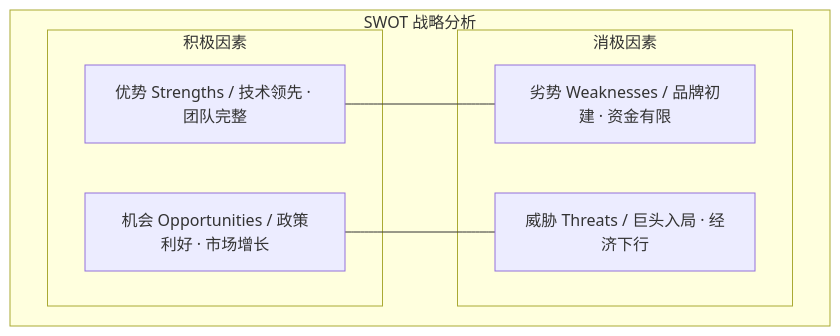
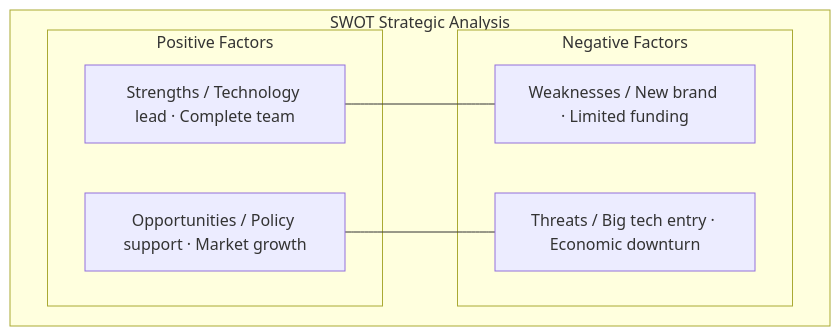
One commit to Kirky-X/cangjie changed the tenth of 10 diagrams in templates/【模板】商业计划书.md. Above: the diagram before and after it, drawn with Mermaid. The commit also changed other lines of this file and 60 other files, not shown here.

````diff
--- a/templates/【模板】商业计划书.md
+++ b/templates/【模板】商业计划书.md
@@ -388,15 +388,15 @@
 ```mermaid
 graph TB
-    subgraph swot[SWOT 战略分析]
-        subgraph positive[积极因素]
-            S[优势 Strengths / 技术领先 · 团队完整]
-            O[机会 Opportunities / 政策利好 · 市场增长]
+    subgraph swot[SWOT Strategic Analysis]
+        subgraph positive[Positive Factors]
+            S[Strengths / Technology lead · Complete team]
+            O[Opportunities / Policy support · Market growth]
         end
-        subgraph negative[消极因素]
-            W[劣势 Weaknesses / 品牌初建 · 资金有限]
-            T[威胁 Threats / 巨头入局 · 经济下行]
+        subgraph negative[Negative Factors]
+            W[Weaknesses / New brand · Limited funding]
+            T[Threats / Big tech entry · Economic downturn]
         end
         S --- W
         O --- T
     end
 ```
````
